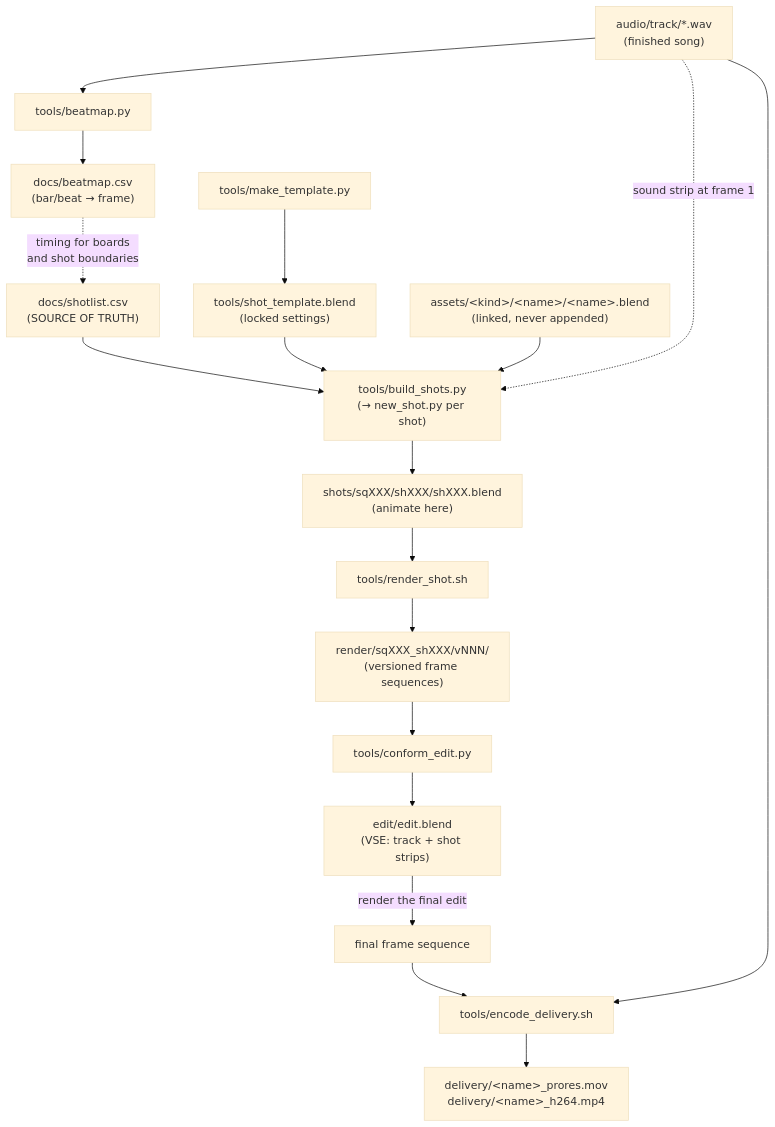
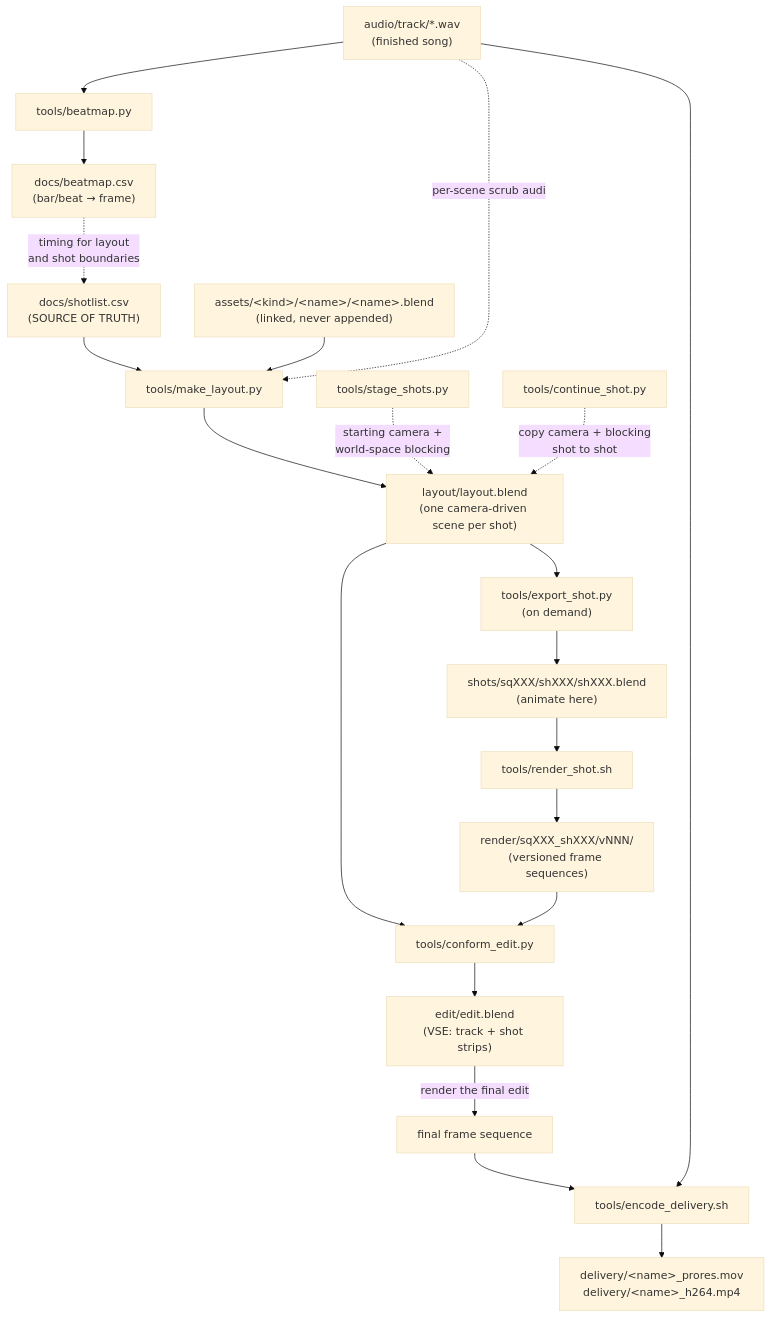
The diagram in docs/tools.md (ICarpenter/redwood_video), drawn with Mermaid (base theme) before and after one commit. The commit also changed other lines of this file and 49 other files, not shown here.

First line of the commit message:
Camera-driven layout: animatic to 35/48 shots, in-place conform, mini sets (#10)

````diff
--- a/docs/tools.md
+++ b/docs/tools.md
@@ -25,20 +29,23 @@
 ```mermaid
 flowchart TD
     track["audio/track/*.wav<br/>(finished song)"] --> beatmap["tools/beatmap.py"]
     beatmap --> bcsv["docs/beatmap.csv<br/>(bar/beat → frame)"]
-    bcsv -.timing for boards<br/>and shot boundaries.-> shotlist["docs/shotlist.csv<br/>(SOURCE OF TRUTH)"]
-    tmplscript["tools/make_template.py"] --> tmpl["tools/shot_template.blend<br/>(locked settings)"]
-    shotlist --> build["tools/build_shots.py<br/>(→ new_shot.py per shot)"]
-    tmpl --> build
-    assets["assets/&lt;kind&gt;/&lt;name&gt;/&lt;name&gt;.blend<br/>(linked, never appended)"] --> build
-    track -.sound strip at frame 1.-> build
-    build --> shots["shots/sqXXX/shXXX/shXXX.blend<br/>(animate here)"]
+    bcsv -.timing for layout<br/>and shot boundaries.-> shotlist["docs/shotlist.csv<br/>(SOURCE OF TRUTH)"]
+    shotlist --> makelayout["tools/make_layout.py"]
+    assets["assets/&lt;kind&gt;/&lt;name&gt;/&lt;name&gt;.blend<br/>(linked, never appended)"] --> makelayout
+    track -.per-scene scrub audio.-> makelayout
+    makelayout --> layout["layout/layout.blend<br/>(one camera-driven scene per shot)"]
+    stageshots["tools/stage_shots.py"] -.starting camera +<br/>world-space blocking.-> layout
+    continueshot["tools/continue_shot.py"] -.copy camera + blocking<br/>shot to shot.-> layout
+    layout --> conform["tools/conform_edit.py"]
+    layout --> export["tools/export_shot.py<br/>(on demand)"]
+    export --> shots["shots/sqXXX/shXXX/shXXX.blend<br/>(animate here)"]
     shots --> render["tools/render_shot.sh"]
     render --> frames["render/sqXXX_shXXX/vNNN/<br/>(versioned frame sequences)"]
-    frames --> conform["tools/conform_edit.py"]
+    frames --> conform
     conform --> edit["edit/edit.blend<br/>(VSE: track + shot strips)"]
     edit -->|render the final edit| final["final frame sequence"]
     final --> encode["tools/encode_delivery.sh"]
     track --> encode
     encode --> delivery["delivery/&lt;name&gt;_prores.mov<br/>delivery/&lt;name&gt;_h264.mp4"]
 ```
````
